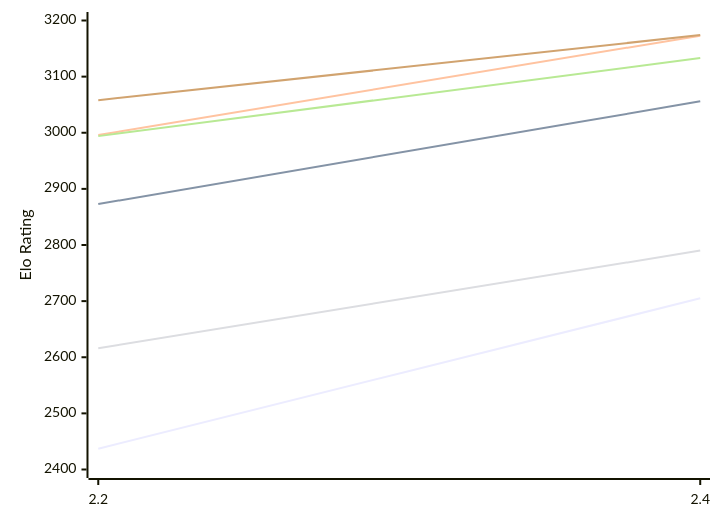
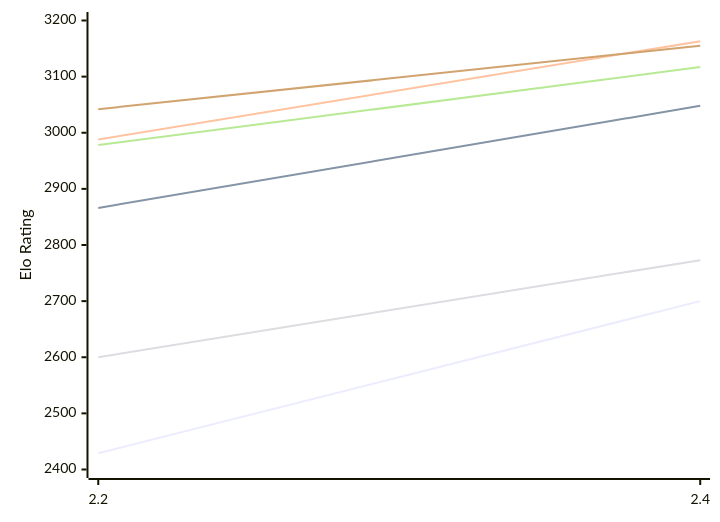
Before and after one commit to computer-chess-index/cci: the first of 2 diagrams in engines/Sloth.md, drawn with Mermaid. The commit also changed other lines of this file, not shown here.

Commit message:
Update CCI Ratings (ELO VLTC) - 2026-11-02

````diff
--- a/engines/Sloth.md
+++ b/engines/Sloth.md
@@ -50,12 +50,12 @@
 ```mermaid
 %%{init: {"theme":"base","themeVariables":{"seriesColors:['#a3a3a3','#222221','#faa371']}}}%%
 xychart-beta
   x-axis ["2.2", "2.4"]
   y-axis "Elo Rating" 2400 --> 3200
-  line "E1: STC (8.0+0.08s)" [2437, 2705]
-  line "E1: LTC (60.0+0.60s)" [2873, 3056]
-  line "E1: VLTC (2m24s+1.12s)" [2996, 3173]
-  line "P1: STC (8.0+0.08s)" [2616, 2790]
-  line "P1: LTC (60.0+0.60s)" [2994, 3133]
-  line "P1: VLTC (2m24s+1.12s)" [3058, 3174]
+  line "E1: STC (8.0+0.08s)" [2429, 2700]
+  line "E1: LTC (60.0+0.60s)" [2866, 3048]
+  line "E1: VLTC (2m24s+1.12s)" [2988, 3163]
+  line "P1: STC (8.0+0.08s)" [2600, 2773]
+  line "P1: LTC (60.0+0.60s)" [2978, 3117]
+  line "P1: VLTC (2m24s+1.12s)" [3042, 3155]
 ```
````
